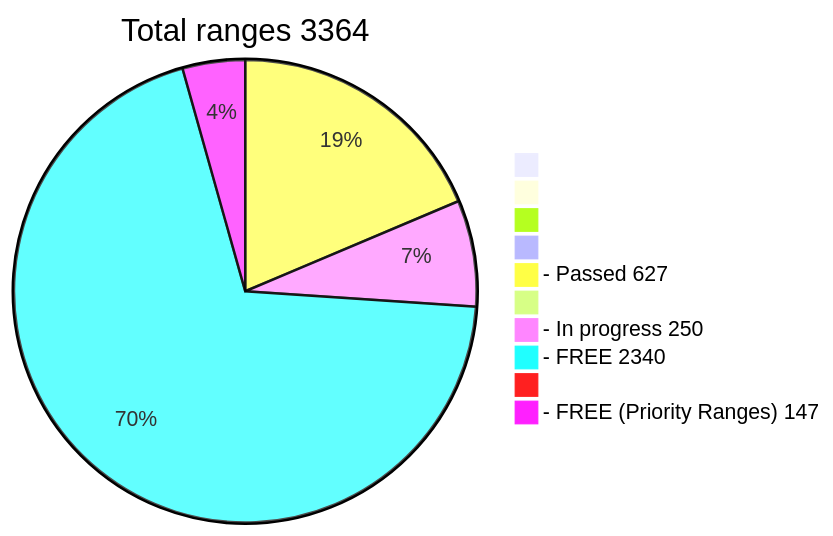
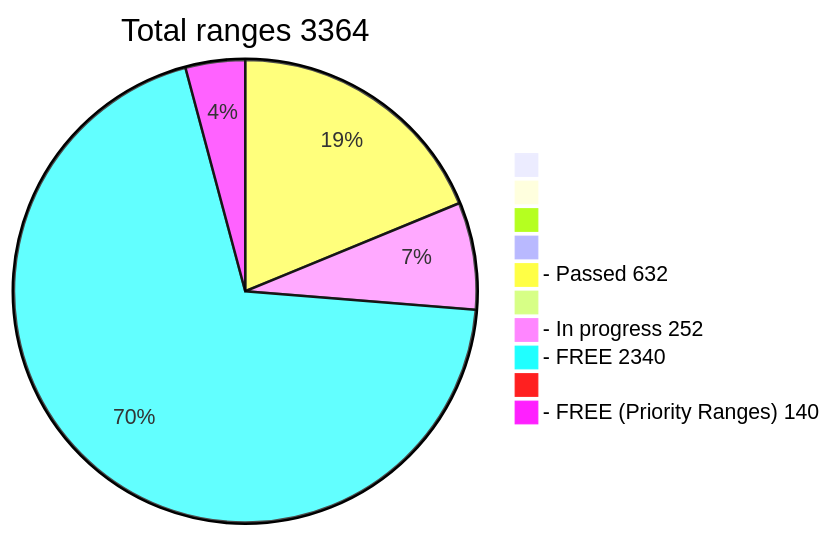
One commit to phrutis/wif500 changed the diagram in README.md. Above: the diagram before and after it, drawn with Mermaid.

````diff
--- a/README.md
+++ b/README.md
@@ -16,13 +16,13 @@
 ```mermaid
 pie title Total ranges 3364
              " " : 0
             "  " : 0
            "   " : 0
           "    " : 0
-  "- Passed 627" : 627
+  "- Passed 632" : 632
          "     " : 0
-  "- In progress 250" : 250
+  "- In progress 252" : 252
    "- FREE 2340" : 2340
         "      " : 0
-  "- FREE (Priority Ranges) 147" : 147
+  "- FREE (Priority Ranges) 140" : 140
 ```
````
